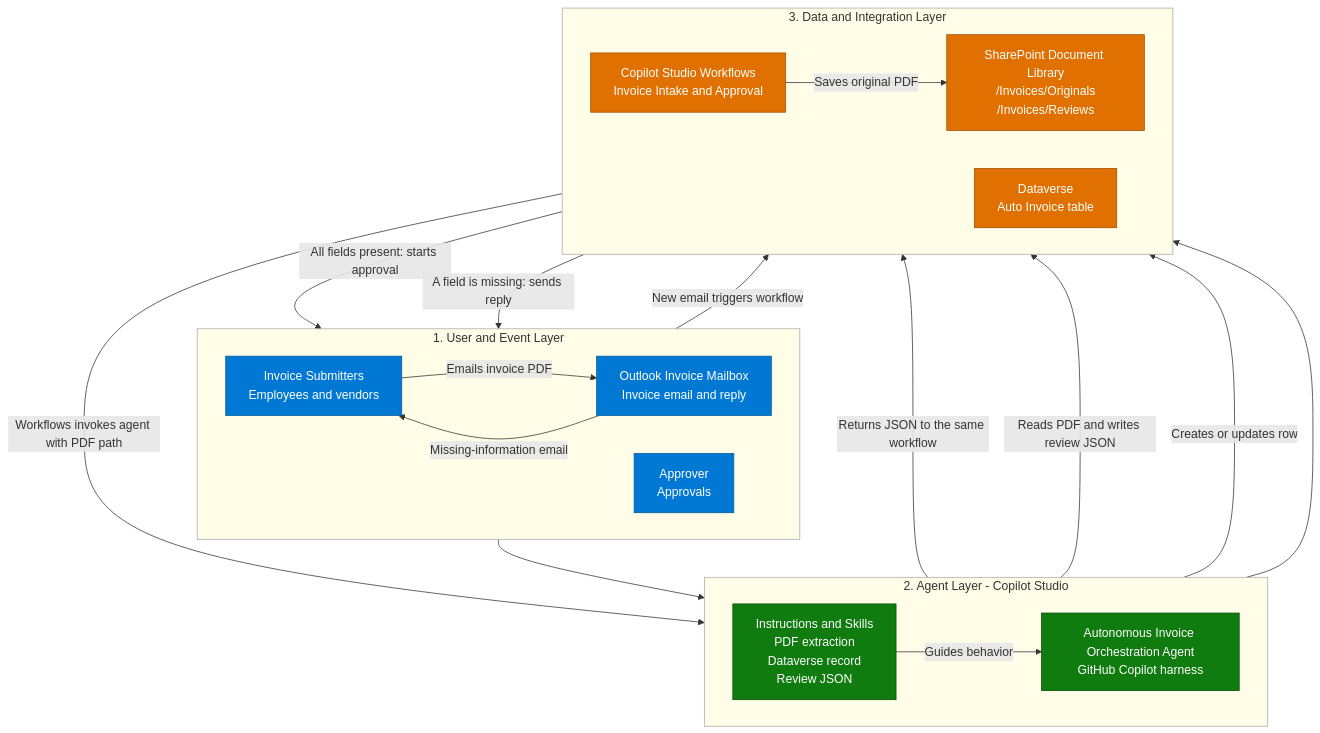
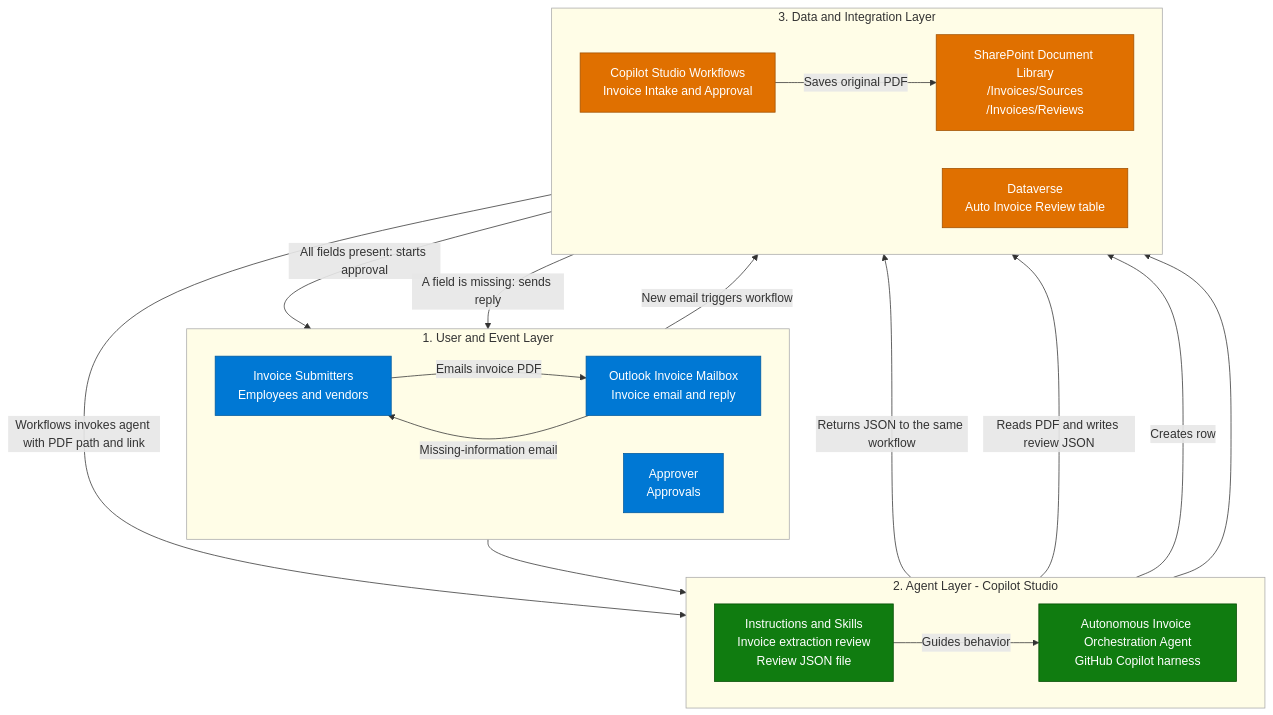
Before and after one commit to microsoft/ai-agent-runbooks: the first of 3 diagrams in 01-scenarios/Autonomous-Invoice-Orchestration-Agent-GHCP/2.Architecture.md, drawn with Mermaid. The commit also changed other lines of this file and 14 other files, not shown here.

````diff
--- a/01-scenarios/Autonomous-Invoice-Orchestration-Agent-GHCP/2.Architecture.md
+++ b/01-scenarios/Autonomous-Invoice-Orchestration-Agent-GHCP/2.Architecture.md
@@ -13,47 +13,47 @@
 ```mermaid
 flowchart TB
     subgraph USER["1. User and Event Layer"]
         direction LR
         S["Invoice Submitters<br/>Employees and vendors"]
         M["Outlook Invoice Mailbox<br/>Invoice email and reply"]
         AP["Approver<br/>Approvals"]
     end
     subgraph AGENT["2. Agent Layer - Copilot Studio"]
         direction LR
         A["Autonomous Invoice Orchestration Agent<br/>GitHub Copilot harness"]
-        I["Instructions and Skills<br/>PDF extraction<br/>Dataverse record<br/>Review JSON"]
+        I["Instructions and Skills<br/>Invoice extraction review<br/>Review JSON file"]
     end
     subgraph DATA["3. Data and Integration Layer"]
         direction LR
         W["Copilot Studio Workflows<br/>Invoice Intake and Approval"]
-        SP["SharePoint Document Library<br/>/Invoices/Originals<br/>/Invoices/Reviews"]
-        DV["Dataverse<br/>Auto Invoice table"]
+        SP["SharePoint Document Library<br/>/Invoices/Sources<br/>/Invoices/Reviews"]
+        DV["Dataverse<br/>Auto Invoice Review table"]
     end
 
     USER --> AGENT
     AGENT --> DATA
 
     S -->|"Emails invoice PDF"| M
     M -->|"New email triggers workflow"| W
     W -->|"Saves original PDF"| SP
-    W -->|"Workflows invokes agent with PDF path"| A
+    W -->|"Workflows invokes agent with PDF path and link"| A
     A -->|"Returns JSON to the same workflow"| W
     I -->|"Guides behavior"| A
     A -->|"Reads PDF and writes review JSON"| SP
-    A -->|"Creates or updates row"| DV
+    A -->|"Creates row"| DV
     W -->|"All fields present: starts approval"| AP
     W -->|"A field is missing: sends reply"| M
     M -->|"Missing-information email"| S
 
     style S fill:#0078D4,color:#fff,stroke:#005A9E
     style M fill:#0078D4,color:#fff,stroke:#005A9E
     style AP fill:#0078D4,color:#fff,stroke:#005A9E
     style A fill:#107C10,color:#fff,stroke:#004B00
     style I fill:#107C10,color:#fff,stroke:#004B00
     style W fill:#E07000,color:#fff,stroke:#A05000
     style SP fill:#E07000,color:#fff,stroke:#A05000
     style DV fill:#E07000,color:#fff,stroke:#A05000
     style USER fill:#fffde7,stroke:#aaa
     style AGENT fill:#fffde7,stroke:#aaa
     style DATA fill:#fffde7,stroke:#aaa
 ```
````
